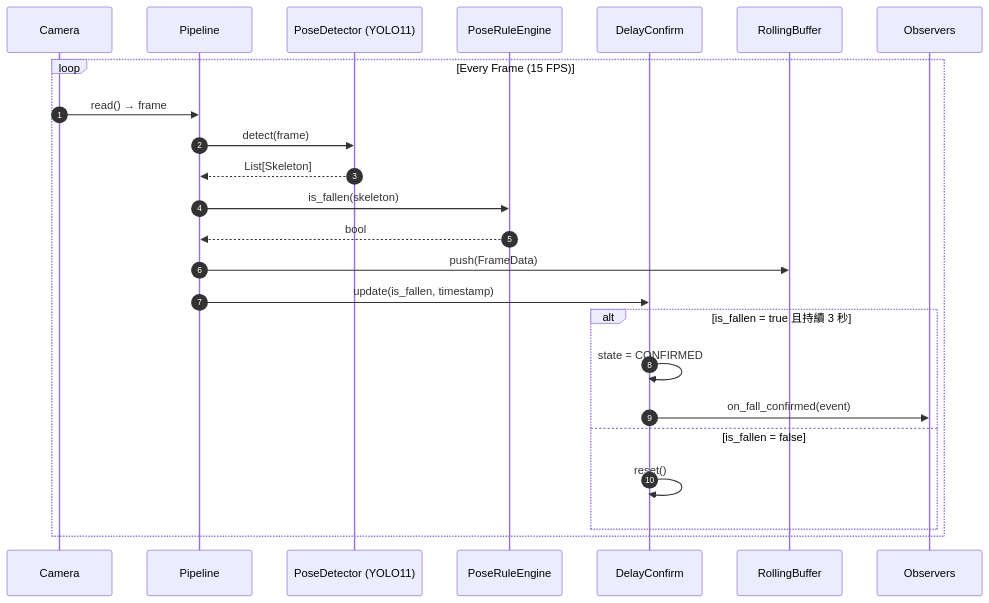
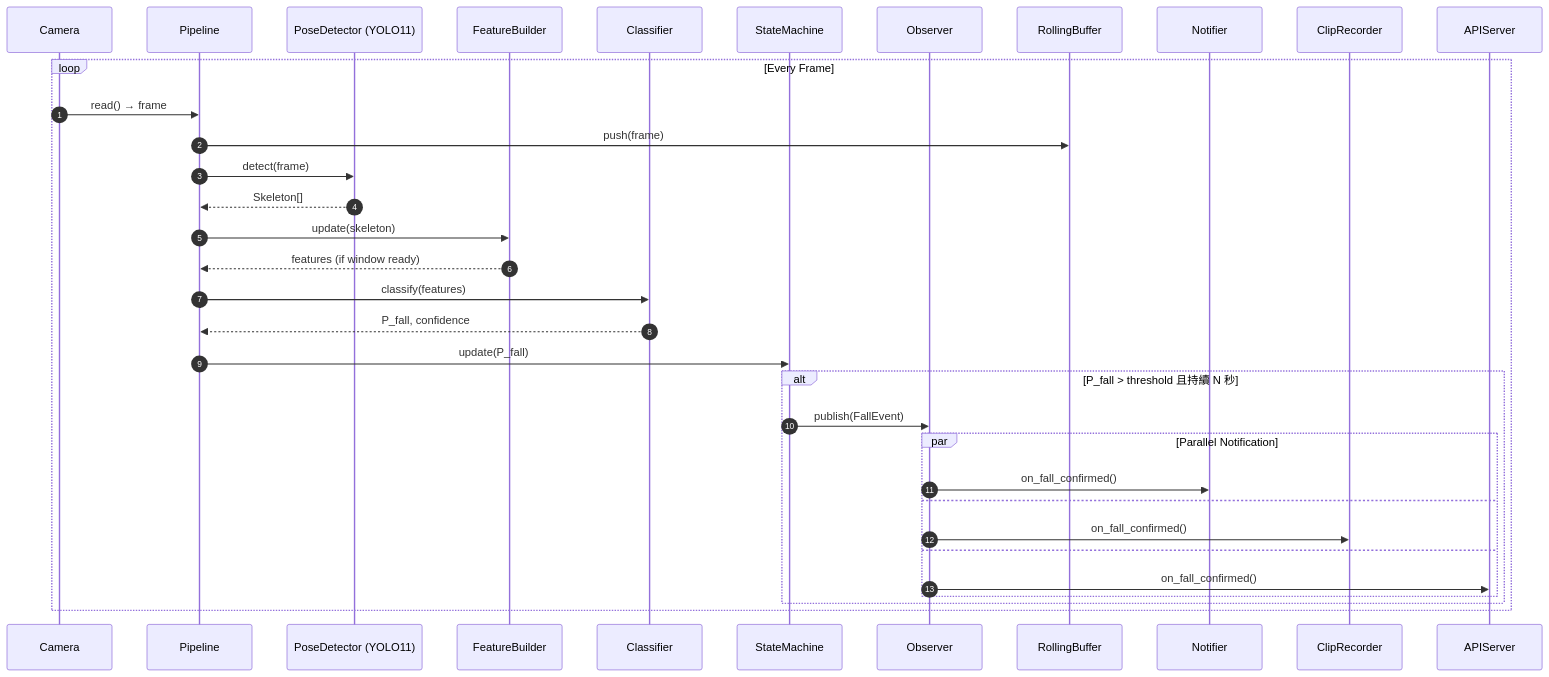
The sixth of 10 diagrams in docs/ARCHITECTURE.md (kionce57/FDS), drawn with Mermaid before and after one commit. The commit also changed other lines of this file and 4 other files, not shown here.

First line of the commit message:
docs: add dual-pipeline architecture and future design drafts

````diff
--- a/docs/ARCHITECTURE.md
+++ b/docs/ARCHITECTURE.md
@@ -142,28 +309,35 @@
 ```mermaid
 sequenceDiagram
     autonumber
     participant Cam as Camera
     participant Pip as Pipeline
     participant Det as PoseDetector (YOLO11)
-    participant Rule as PoseRuleEngine
-    participant Delay as DelayConfirm
+    participant Feat as FeatureBuilder
+    participant Cls as Classifier
+    participant SM as StateMachine
+    participant Obs as Observer
     participant Buf as RollingBuffer
-    participant Obs as Observers
 
-    loop Every Frame (15 FPS)
+    loop Every Frame
         Cam->>Pip: read() → frame
+        Pip->>Buf: push(frame)
         Pip->>Det: detect(frame)
-        Det-->>Pip: List[Skeleton]
-        Pip->>Rule: is_fallen(skeleton)
-        Rule-->>Pip: bool
-        Pip->>Buf: push(FrameData)
-        Pip->>Delay: update(is_fallen, timestamp)
+        Det-->>Pip: Skeleton[]
+        Pip->>Feat: update(skeleton)
+        Feat-->>Pip: features (if window ready)
+        Pip->>Cls: classify(features)
+        Cls-->>Pip: P_fall, confidence
+        Pip->>SM: update(P_fall)
 
-        alt is_fallen = true 且持續 3 秒
-            Delay->>Delay: state = CONFIRMED
-            Delay->>Obs: on_fall_confirmed(event)
-        else is_fallen = false
-            Delay->>Delay: reset()
+        alt P_fall > threshold 且持續 N 秒
+            SM->>Obs: publish(FallEvent)
+            par Parallel Notification
+                Obs->>Notifier: on_fall_confirmed()
+            and
+                Obs->>ClipRecorder: on_fall_confirmed()
+            and
+                Obs->>APIServer: on_fall_confirmed()
+            end
         end
     end
 ```
````
